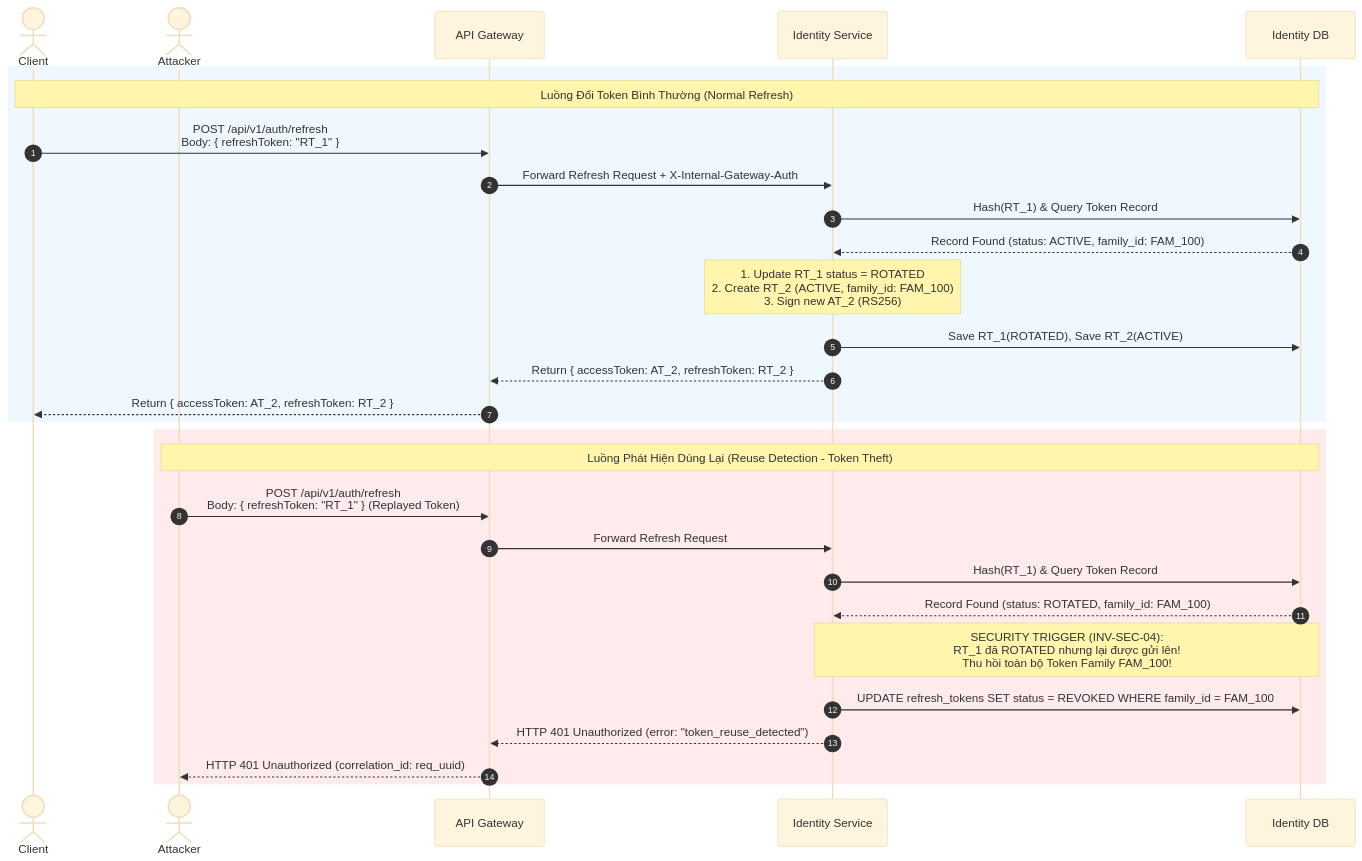
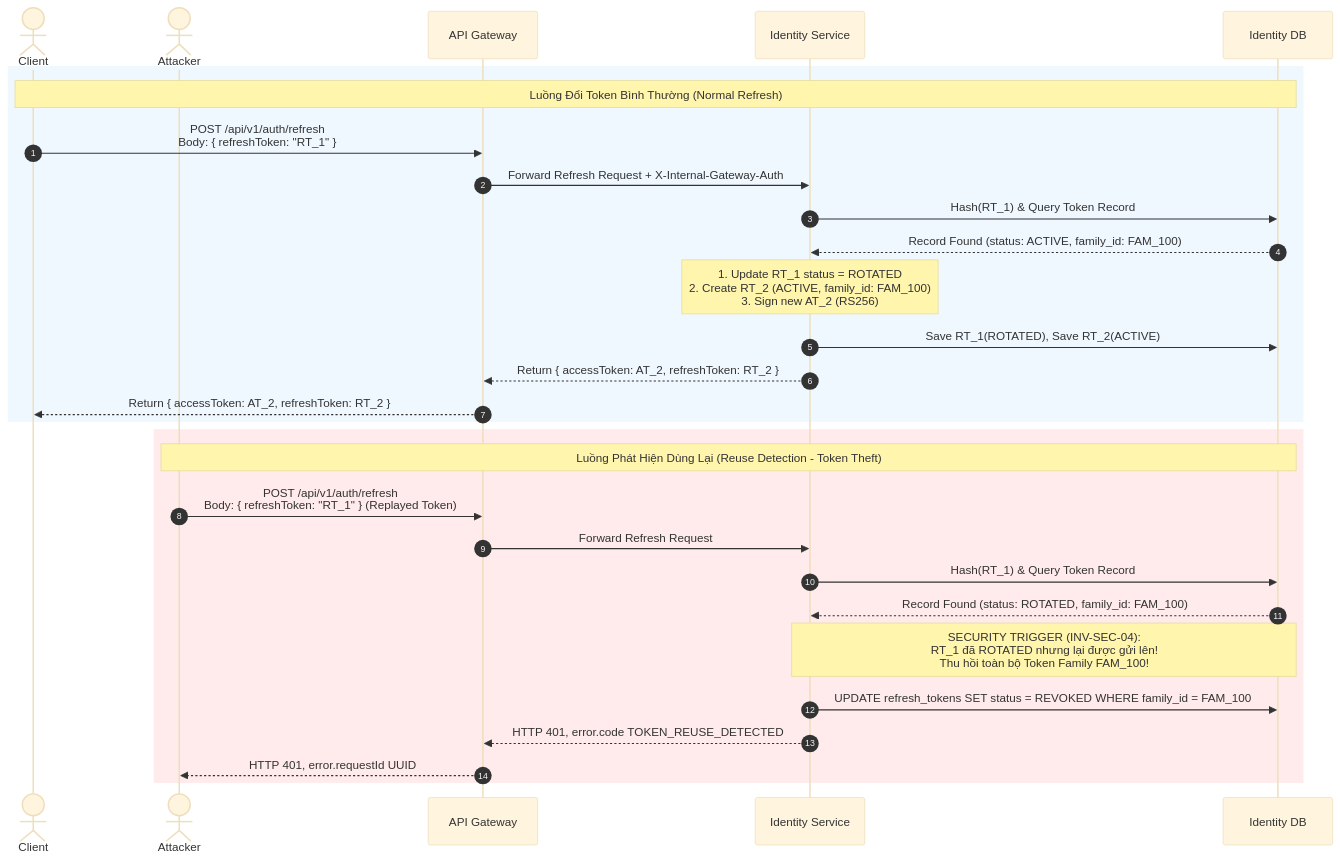
Before and after one commit to vanphutin/movie-ticket-booking-app: the second of 5 diagrams in AI-contracts/designs/2026-07-28-tkt-w04-d03-design.md, drawn with Mermaid (base theme). The commit also changed other lines of this file and 2 other files, not shown here.

````diff
--- a/AI-contracts/designs/2026-07-28-tkt-w04-d03-design.md
+++ b/AI-contracts/designs/2026-07-28-tkt-w04-d03-design.md
@@ -194,33 +210,33 @@
   ```mermaid
   sequenceDiagram
       autonumber
       actor Client
       actor Attacker
       participant Gateway as API Gateway
       participant Auth as Identity Service
       participant DB as Identity DB
 
       rect rgb(240, 248, 255)
       Note over Client, DB: Luồng Đổi Token Bình Thường (Normal Refresh)
       Client->>Gateway: POST /api/v1/auth/refresh<br/>Body: { refreshToken: "RT_1" }
       Gateway->>Auth: Forward Refresh Request + X-Internal-Gateway-Auth
       Auth->>DB: Hash(RT_1) & Query Token Record
       DB-->>Auth: Record Found (status: ACTIVE, family_id: FAM_100)
       Note over Auth: 1. Update RT_1 status = ROTATED<br/>2. Create RT_2 (ACTIVE, family_id: FAM_100)<br/>3. Sign new AT_2 (RS256)
       Auth->>DB: Save RT_1(ROTATED), Save RT_2(ACTIVE)
       Auth-->>Gateway: Return { accessToken: AT_2, refreshToken: RT_2 }
       Gateway-->>Client: Return { accessToken: AT_2, refreshToken: RT_2 }
       end
 
       rect rgb(255, 235, 235)
       Note over Attacker, DB: Luồng Phát Hiện Dùng Lại (Reuse Detection - Token Theft)
       Attacker->>Gateway: POST /api/v1/auth/refresh<br/>Body: { refreshToken: "RT_1" } (Replayed Token)
       Gateway->>Auth: Forward Refresh Request
       Auth->>DB: Hash(RT_1) & Query Token Record
       DB-->>Auth: Record Found (status: ROTATED, family_id: FAM_100)
       Note over Auth, DB: SECURITY TRIGGER (INV-SEC-04):<br/>RT_1 đã ROTATED nhưng lại được gửi lên!<br/>Thu hồi toàn bộ Token Family FAM_100!
       Auth->>DB: UPDATE refresh_tokens SET status = REVOKED WHERE family_id = FAM_100
-      Auth-->>Gateway: HTTP 401 Unauthorized (error: "token_reuse_detected")
-      Gateway-->>Attacker: HTTP 401 Unauthorized (correlation_id: req_uuid)
+      Auth-->>Gateway: HTTP 401, error.code TOKEN_REUSE_DETECTED
+      Gateway-->>Attacker: HTTP 401, error.requestId UUID
       end
   ```
````
